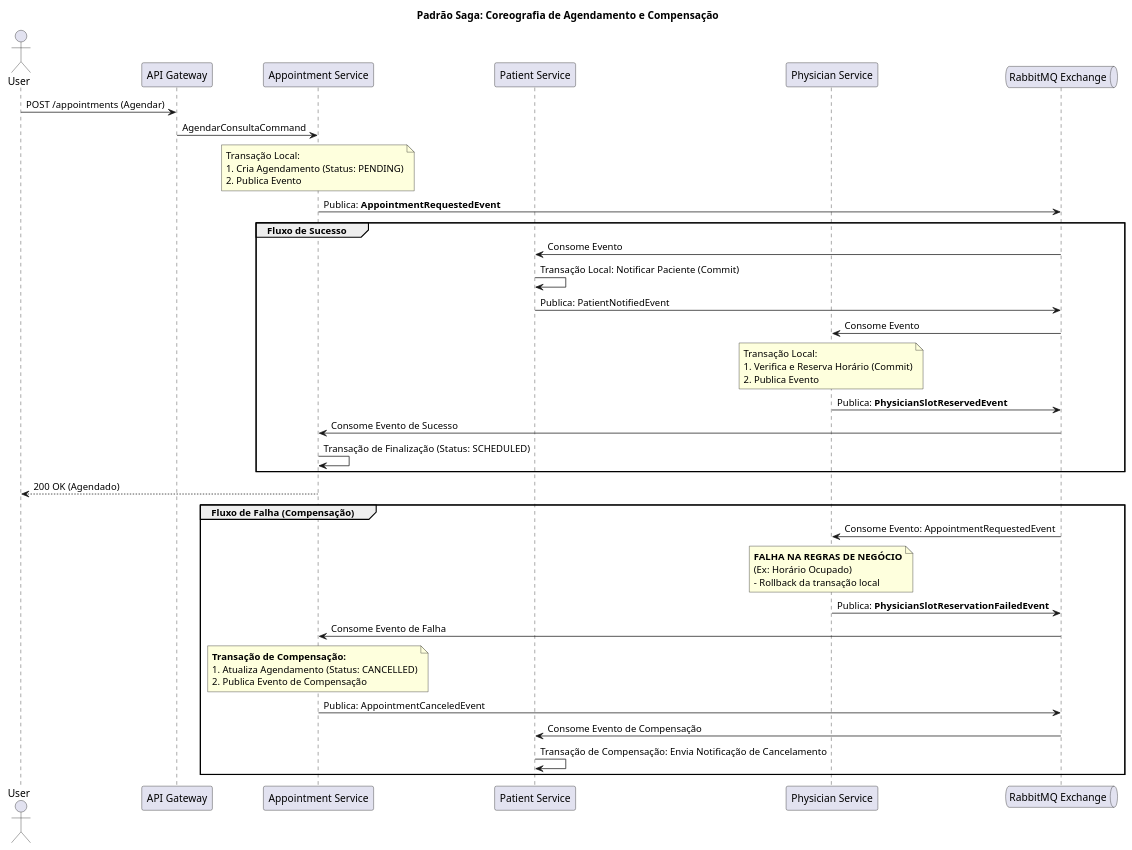
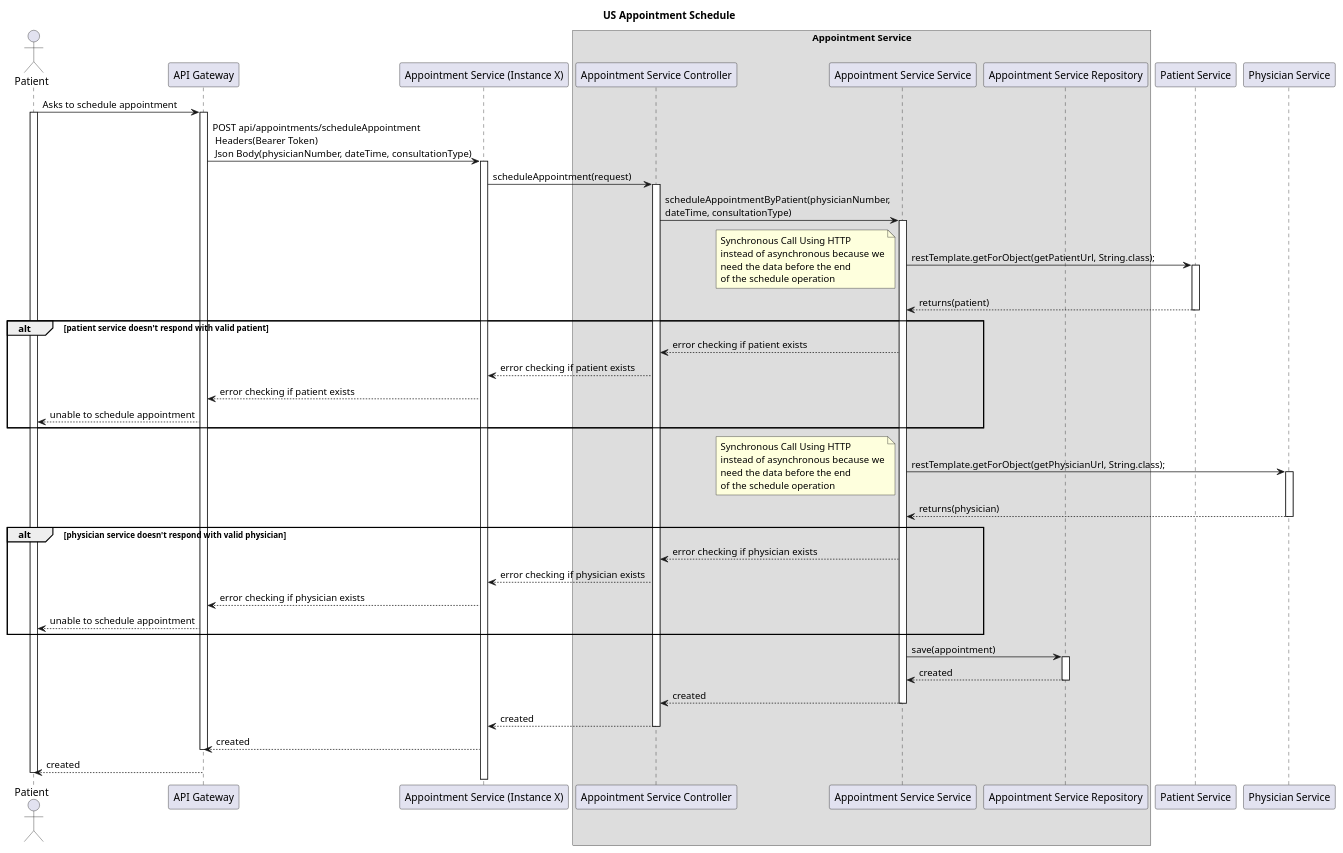
The diagram in docs/USs/US_Appointment_Schedule.puml (vitorbarbosa1221412/SIDIS-3DB-G02), drawn with PlantUML before and after one commit.

```diff
--- a/docs/USs/US_Appointment_Schedule.puml
+++ b/docs/USs/US_Appointment_Schedule.puml
@@ -1,62 +1,79 @@
 @startuml SagaChoreography
 
-title Padrão Saga: Coreografia de Agendamento e Compensação
+title US Appointment Schedule
 
-actor User
-participant APPGW as "API Gateway"
-participant AppSvc as "Appointment Service"
+actor Patient
+
+participant Gateway as "API Gateway"
+participant AppointSvc as "Appointment Service (Instance X)"
+box "Appointment Service"
+participant AppointSvc_Controller as "Appointment Service Controller"
+participant AppointSvc_Service as "Appointment Service Service"
+participant AppointSvc_Repository as "Appointment Service Repository"
+end box
 participant PatientSvc as "Patient Service"
 participant PhysicianSvc as "Physician Service"
-queue Broker as "RabbitMQ Exchange"
 
-User -> APPGW : POST /appointments (Agendar)
-APPGW -> AppSvc : AgendarConsultaCommand
+Patient -> Gateway : Asks to schedule appointment
+activate Patient
+activate Gateway
+Gateway -> AppointSvc : POST api/appointments/scheduleAppointment \n Headers(Bearer Token) \n Json Body(physicianNumber, dateTime, consultationType)
+activate AppointSvc
+AppointSvc -> AppointSvc_Controller : scheduleAppointment(request)
+activate AppointSvc_Controller
+AppointSvc_Controller -> AppointSvc_Service : scheduleAppointmentByPatient(physicianNumber,\ndateTime, consultationType)
+activate AppointSvc_Service
+AppointSvc_Service -> PatientSvc : restTemplate.getForObject(getPatientUrl, String.class);
 
-note over AppSvc
-Transação Local:
-1. Cria Agendamento (Status: PENDING)
-2. Publica Evento
+note left
+    Synchronous Call Using HTTP
+    instead of asynchronous because we
+    need the data before the end
+    of the schedule operation
 end note
-AppSvc -> Broker : Publica: **AppointmentRequestedEvent**
 
-group Fluxo de Sucesso
-    Broker -> PatientSvc : Consome Evento
-    PatientSvc -> PatientSvc : Transação Local: Notificar Paciente (Commit)
-    PatientSvc -> Broker : Publica: PatientNotifiedEvent
+activate PatientSvc
+PatientSvc --> AppointSvc_Service : returns(patient)
+deactivate PatientSvc
 
-    Broker -> PhysicianSvc : Consome Evento
-    note over PhysicianSvc
-        Transação Local:
-        1. Verifica e Reserva Horário (Commit)
-        2. Publica Evento
-    end note
-    PhysicianSvc -> Broker : Publica: **PhysicianSlotReservedEvent**
-
-    Broker -> AppSvc : Consome Evento de Sucesso
-    AppSvc -> AppSvc : Transação de Finalização (Status: SCHEDULED)
+alt patient service doesn't respond with valid patient
+AppointSvc_Service --> AppointSvc_Controller : error checking if patient exists
+AppointSvc_Controller --> AppointSvc : error checking if patient exists
+AppointSvc --> Gateway : error checking if patient exists
+Gateway --> Patient : unable to schedule appointment
 end
 
-AppSvc --> User : 200 OK (Agendado)
+AppointSvc_Service -> PhysicianSvc : restTemplate.getForObject(getPhysicianUrl, String.class);
 
-group **Fluxo de Falha (Compensação)**
-    Broker -> PhysicianSvc : Consome Evento: AppointmentRequestedEvent
-    note over PhysicianSvc
-        **FALHA NA REGRAS DE NEGÓCIO**
-        (Ex: Horário Ocupado)
-        - Rollback da transação local
-    end note
-    PhysicianSvc -> Broker : Publica: **PhysicianSlotReservationFailedEvent**
+note left
+    Synchronous Call Using HTTP
+    instead of asynchronous because we
+    need the data before the end
+    of the schedule operation
+end note
 
-    Broker -> AppSvc : Consome Evento de Falha
-    note over AppSvc
-        **Transação de Compensação:**
-        1. Atualiza Agendamento (Status: CANCELLED)
-        2. Publica Evento de Compensação
-    end note
-    AppSvc -> Broker : Publica: AppointmentCanceledEvent
+activate PhysicianSvc
+PhysicianSvc --> AppointSvc_Service : returns(physician)
+deactivate PhysicianSvc
 
-    Broker -> PatientSvc : Consome Evento de Compensação
-    PatientSvc -> PatientSvc : Transação de Compensação: Envia Notificação de Cancelamento
+alt physician service doesn't respond with valid physician
+AppointSvc_Service --> AppointSvc_Controller : error checking if physician exists
+AppointSvc_Controller --> AppointSvc : error checking if physician exists
+AppointSvc --> Gateway : error checking if physician exists
+Gateway --> Patient : unable to schedule appointment
 end
 
+AppointSvc_Service -> AppointSvc_Repository : save(appointment)
+activate AppointSvc_Repository
+AppointSvc_Repository --> AppointSvc_Service : created
+deactivate AppointSvc_Repository
+AppointSvc_Service --> AppointSvc_Controller : created
+deactivate AppointSvc_Service
+AppointSvc_Controller --> AppointSvc : created
+deactivate AppointSvc_Controller
+AppointSvc --> Gateway : created
+deactivate Gateway
+Gateway --> Patient : created
+deactivate Patient
+
 @enduml
```
